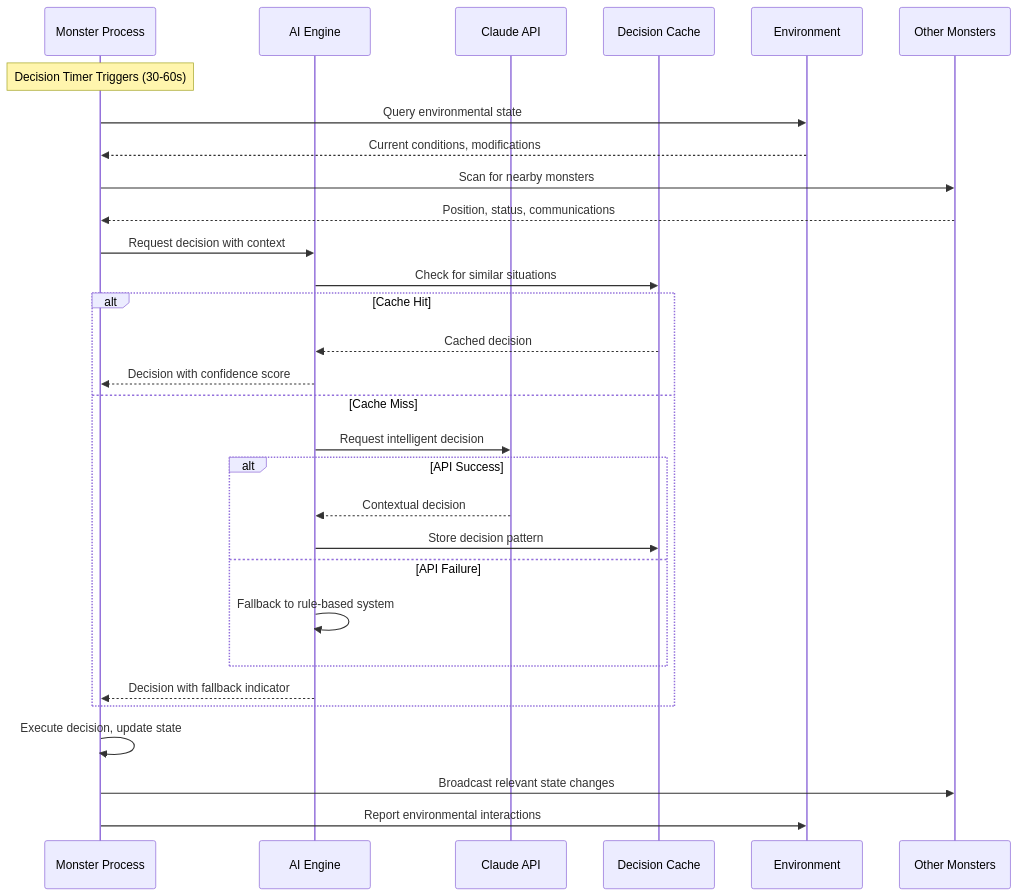
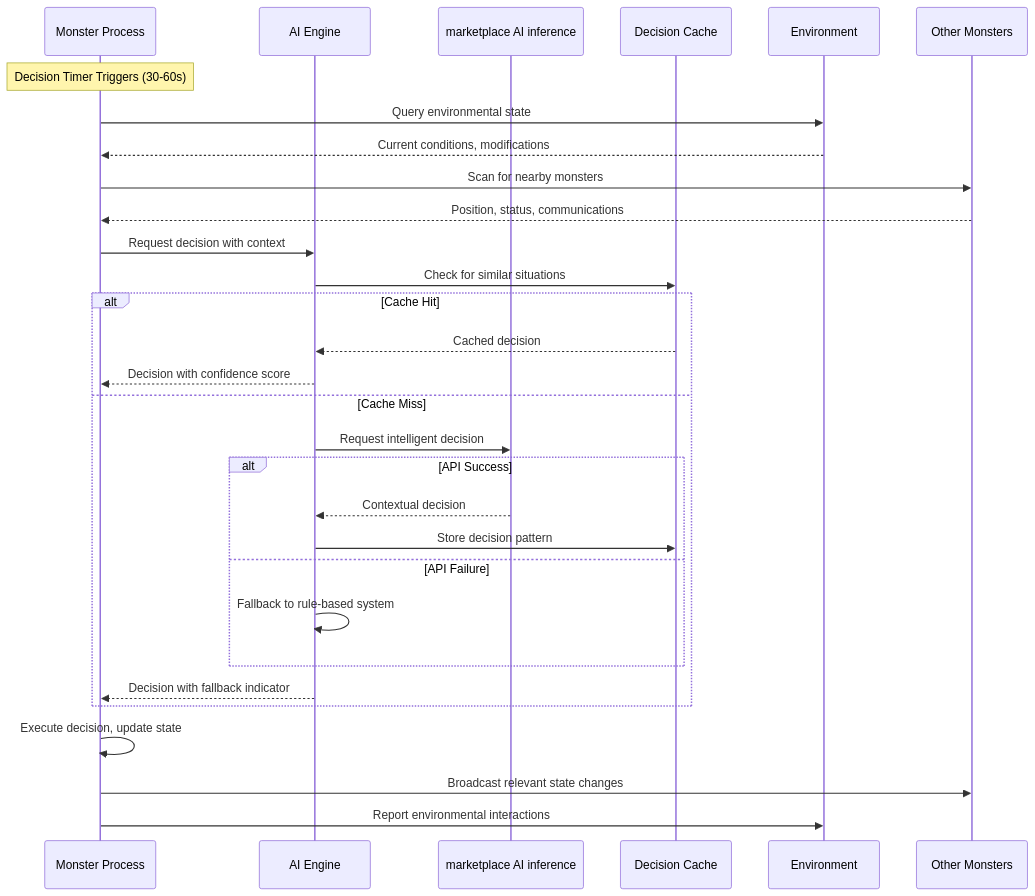
One commit to ALLiDoizCode/PrimalCode changed the first of 3 diagrams in Docs/architecture/core-workflows.md. Above: the diagram before and after it, drawn with Mermaid. The commit also changed 85 other files, not shown here.

First line of the commit message:
Align documentation and implementation with marketplace architecture

````diff
--- a/Docs/architecture/core-workflows.md
+++ b/Docs/architecture/core-workflows.md
@@ -5,33 +5,33 @@
 ```mermaid
 sequenceDiagram
     participant MP as Monster Process
     participant AI as AI Engine
-    participant CLAUDE as Claude API
+    participant AI_MARKETPLACE as marketplace AI inference
     participant CACHE as Decision Cache
     participant ENV as Environment
     participant OTHER as Other Monsters
     
     Note over MP: Decision Timer Triggers (30-60s)
     MP->>ENV: Query environmental state
     ENV-->>MP: Current conditions, modifications
     MP->>OTHER: Scan for nearby monsters
     OTHER-->>MP: Position, status, communications
     MP->>AI: Request decision with context
     AI->>CACHE: Check for similar situations
     alt Cache Hit
         CACHE-->>AI: Cached decision
         AI-->>MP: Decision with confidence score
     else Cache Miss
-        AI->>CLAUDE: Request intelligent decision
+        AI->>AI_MARKETPLACE: Request intelligent decision
         alt API Success
-            CLAUDE-->>AI: Contextual decision
+            AI_MARKETPLACE-->>AI: Contextual decision
             AI->>CACHE: Store decision pattern
         else API Failure
             AI->>AI: Fallback to rule-based system
         end
         AI-->>MP: Decision with fallback indicator
     end
     MP->>MP: Execute decision, update state
     MP->>OTHER: Broadcast relevant state changes
     MP->>ENV: Report environmental interactions
 ```
````
